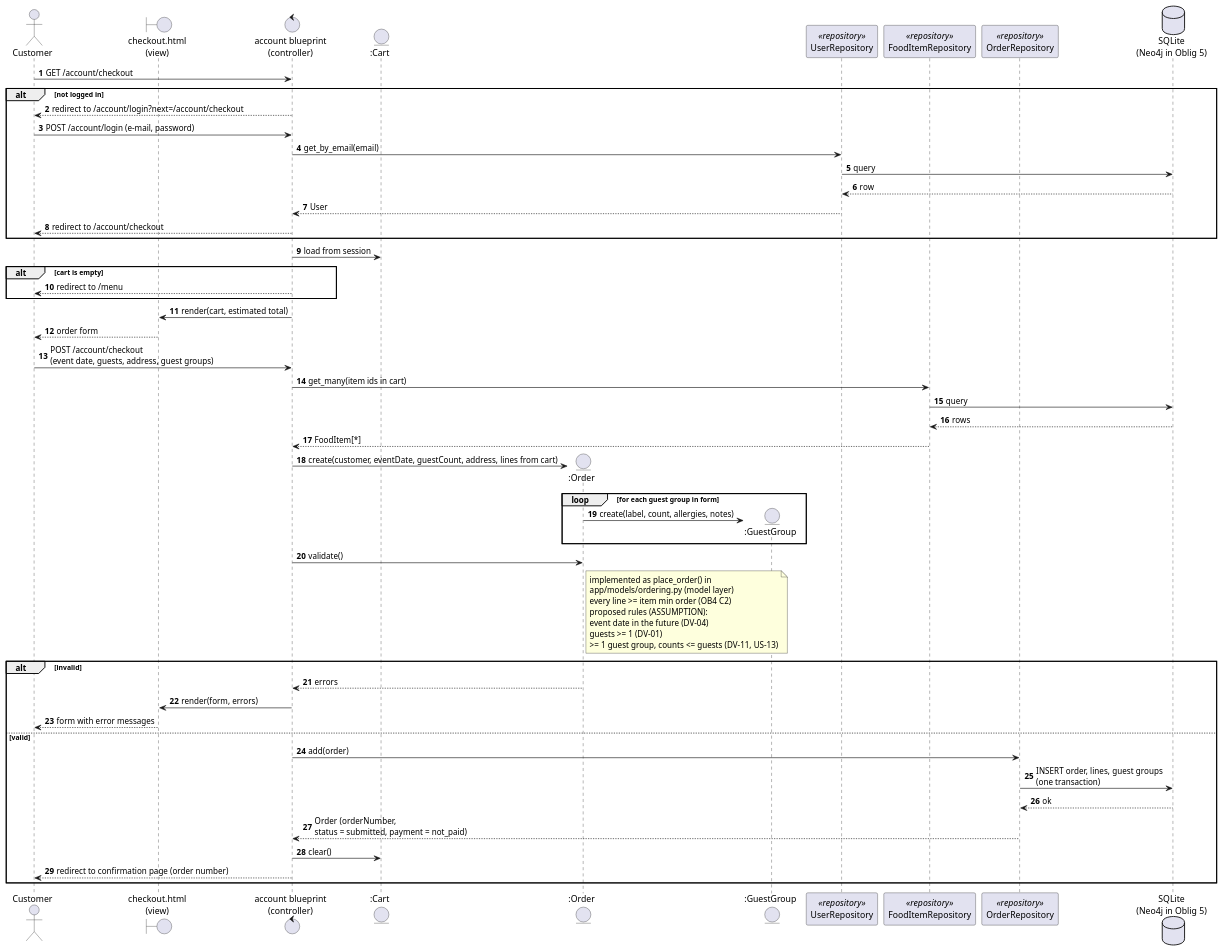
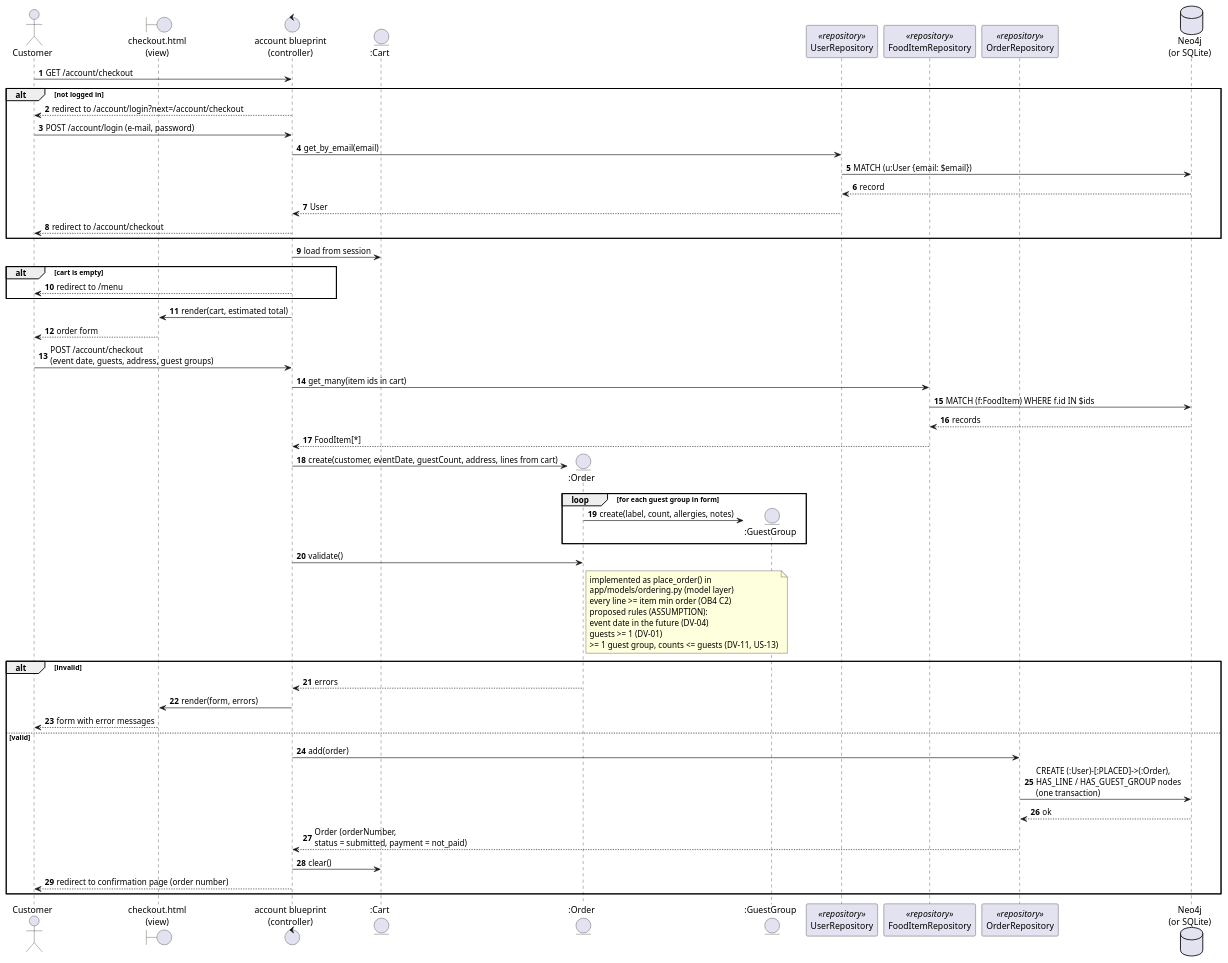
Before and after one commit to Marensundt/Oblig4-INFO212: the diagram in docs/design/sequence-checkout.puml, drawn with PlantUML. The commit also changed 39 other files, not shown here.

Commit message:
Implement Neo4j database for Oblig 5

```diff
--- a/docs/design/sequence-checkout.puml
+++ b/docs/design/sequence-checkout.puml
@@ -1,67 +1,68 @@
 @startuml sequence-checkout
 ' Ekte Mat Online — sequence diagram: customer submits an order (C3; US-11, US-12, US-13)
 ' Participants follow the MVC architecture (mvc-architecture.puml). Entity participants exist in domain-class.puml.
+' Updated 2026-11-04 for Oblig 5: the database is Neo4j by default (graph-model.puml); SQLite with STORAGE=sqlite.
 !pragma layout smetana
 autonumber
 skinparam responseMessageBelowArrow true
 
 actor Customer
 boundary "checkout.html\n(view)" as View
 control "account blueprint\n(controller)" as Ctrl
 entity ":Cart" as Cart
 entity ":Order" as Order
 entity ":GuestGroup" as GG
 participant "UserRepository" as UserRepo <<repository>>
 participant "FoodItemRepository" as ItemRepo <<repository>>
 participant "OrderRepository" as OrderRepo <<repository>>
-database "SQLite\n(Neo4j in Oblig 5)" as DB
+database "Neo4j\n(or SQLite)" as DB
 
 Customer -> Ctrl : GET /account/checkout
 alt not logged in
   Ctrl --> Customer : redirect to /account/login?next=/account/checkout
   Customer -> Ctrl : POST /account/login (e-mail, password)
   Ctrl -> UserRepo : get_by_email(email)
-  UserRepo -> DB : query
-  DB --> UserRepo : row
+  UserRepo -> DB : MATCH (u:User {email: $email})
+  DB --> UserRepo : record
   UserRepo --> Ctrl : User
   Ctrl --> Customer : redirect to /account/checkout
 end
 Ctrl -> Cart : load from session
 alt cart is empty
   Ctrl --> Customer : redirect to /menu
 end
 Ctrl -> View : render(cart, estimated total)
 View --> Customer : order form
 
 Customer -> Ctrl : POST /account/checkout\n(event date, guests, address, guest groups)
 Ctrl -> ItemRepo : get_many(item ids in cart)
-ItemRepo -> DB : query
-DB --> ItemRepo : rows
+ItemRepo -> DB : MATCH (f:FoodItem) WHERE f.id IN $ids
+DB --> ItemRepo : records
 ItemRepo --> Ctrl : FoodItem[*]
 Ctrl -> Order ** : create(customer, eventDate, guestCount, address, lines from cart)
 loop for each guest group in form
   Order -> GG ** : create(label, count, allergies, notes)
 end
 Ctrl -> Order : validate()
 note right of Order
   implemented as place_order() in
   app/models/ordering.py (model layer)
   every line >= item min order (OB4 C2)
   proposed rules (ASSUMPTION):
   event date in the future (DV-04)
   guests >= 1 (DV-01)
   >= 1 guest group, counts <= guests (DV-11, US-13)
 end note
 alt invalid
   Order --> Ctrl : errors
   Ctrl -> View : render(form, errors)
   View --> Customer : form with error messages
 else valid
   Ctrl -> OrderRepo : add(order)
-  OrderRepo -> DB : INSERT order, lines, guest groups\n(one transaction)
+  OrderRepo -> DB : CREATE (:User)-[:PLACED]->(:Order),\nHAS_LINE / HAS_GUEST_GROUP nodes\n(one transaction)
   DB --> OrderRepo : ok
   OrderRepo --> Ctrl : Order (orderNumber,\nstatus = submitted, payment = not_paid)
   Ctrl -> Cart : clear()
   Ctrl --> Customer : redirect to confirmation page (order number)
 end
 @enduml
```
